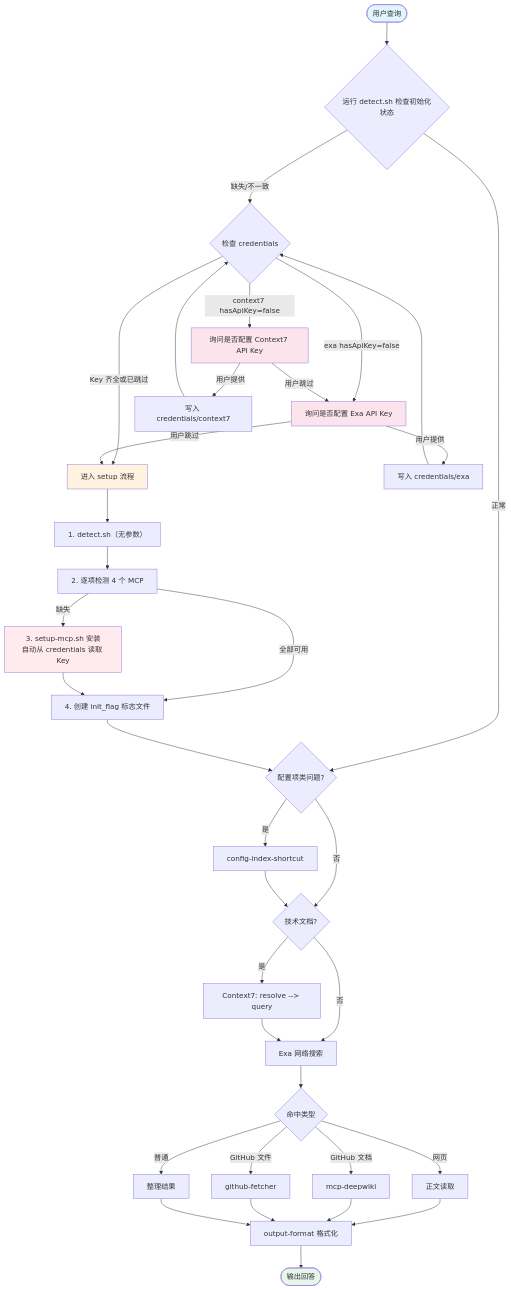
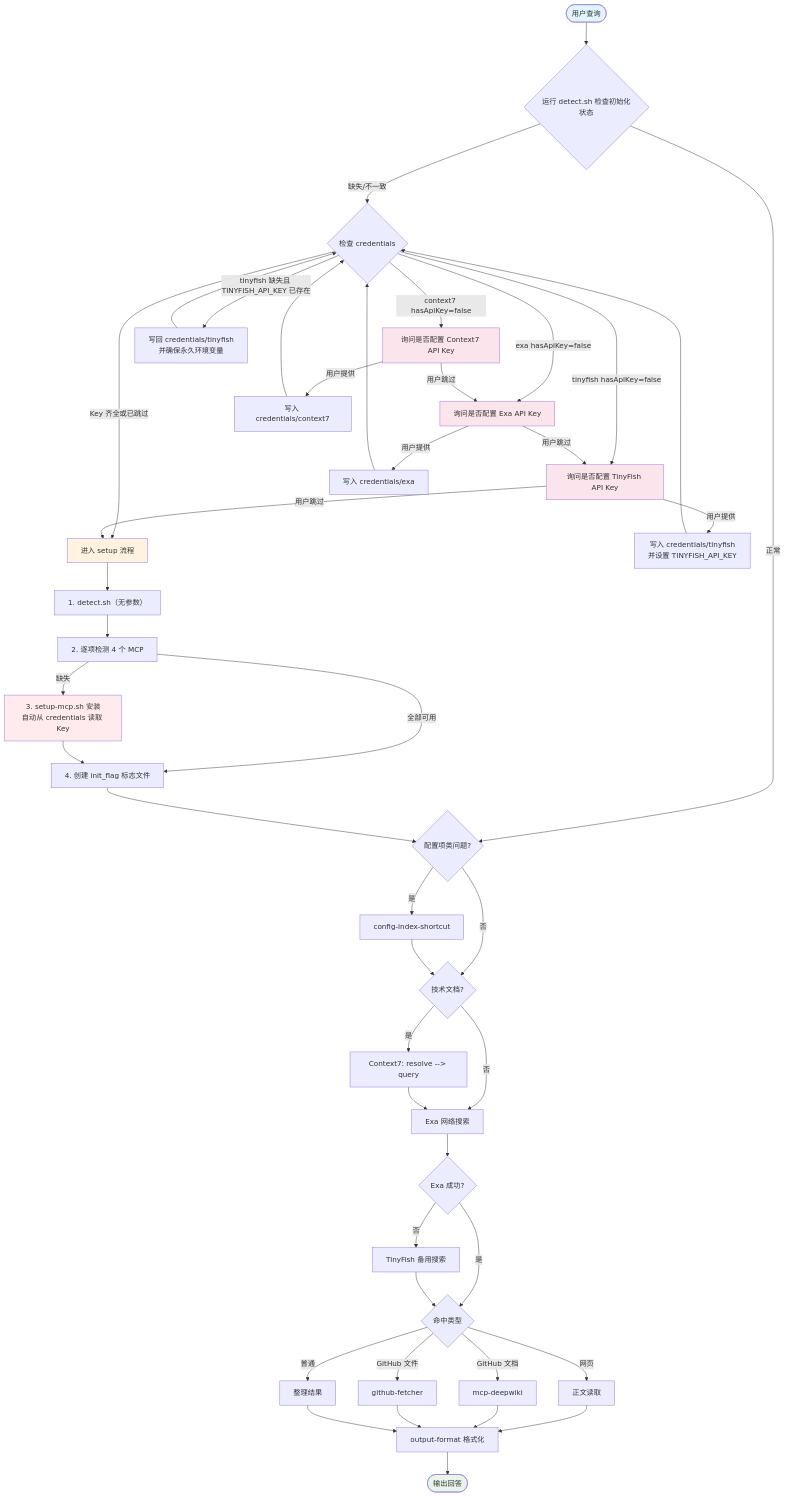
The diagram in skills/search-web/README.md (karthrand/karthrand-ai-public), drawn with Mermaid before and after one commit. The commit also changed other lines of this file and 5 other files, not shown here.

Commit message:
合入 TinyFish 作为 search-web 备用搜索

````diff
--- a/skills/search-web/README.md
+++ b/skills/search-web/README.md
@@ -31,49 +37,59 @@
 ```mermaid
 flowchart TD
     Start([用户查询]) --> CheckState{运行 detect.sh 检查初始化状态}
     CheckState -->|缺失/不一致| CheckCreds{检查 credentials}
     CheckState -->|正常| ConfigCheck{配置项类问题?}
 
     CheckCreds -->|context7 hasApiKey=false| AskC7[询问是否配置 Context7 API Key]
     CheckCreds -->|exa hasApiKey=false| AskExa[询问是否配置 Exa API Key]
+    CheckCreds -->|tinyfish 缺失且 TINYFISH_API_KEY 已存在| SaveTinyEnv[写回 credentials/tinyfish<br/>并确保永久环境变量]
+    CheckCreds -->|tinyfish hasApiKey=false| AskTiny[询问是否配置 TinyFish API Key]
     CheckCreds -->|Key 齐全或已跳过| Setup[进入 setup 流程]
     AskC7 -->|用户提供| SaveC7Key[写入 credentials/context7]
     AskC7 -->|用户跳过| AskExa
     AskExa -->|用户提供| SaveExaKey[写入 credentials/exa]
-    AskExa -->|用户跳过| Setup
+    AskExa -->|用户跳过| AskTiny
+    AskTiny -->|用户提供| SaveTinyKey[写入 credentials/tinyfish<br/>并设置 TINYFISH_API_KEY]
+    AskTiny -->|用户跳过| Setup
     SaveC7Key --> CheckCreds
     SaveExaKey --> CheckCreds
+    SaveTinyKey --> CheckCreds
+    SaveTinyEnv --> CheckCreds
 
     Setup --> Detect[1. detect.sh（无参数）]
     Detect --> CheckMCP[2. 逐项检测 4 个 MCP]
     CheckMCP -->|缺失| InstallMCP[3. setup-mcp.sh 安装<br/>自动从 credentials 读取 Key]
     CheckMCP -->|全部可用| WriteState[4. 创建 init_flag 标志文件]
     InstallMCP --> WriteState
     WriteState --> ConfigCheck
 
     ConfigCheck -->|是| ConfigStrategy[config-index-shortcut]
     ConfigCheck -->|否| C7Check{技术文档?}
     ConfigStrategy --> C7Check
 
     C7Check -->|是| C7[Context7: resolve --> query]
     C7Check -->|否| Exa[Exa 网络搜索]
     C7 --> Exa
-    Exa --> ResultType{命中类型}
+    Exa --> ExaOK{Exa 成功?}
+    ExaOK -->|否| TinyFish[TinyFish 备用搜索]
+    ExaOK -->|是| ResultType{命中类型}
+    TinyFish --> ResultType
     ResultType -->|网页| WebRead[正文读取]
     ResultType -->|GitHub 文档| DeepWiki[mcp-deepwiki]
     ResultType -->|GitHub 文件| GHFetcher[github-fetcher]
     ResultType -->|普通| Collect[整理结果]
 
     WebRead --> Format[output-format 格式化]
     DeepWiki --> Format
     GHFetcher --> Format
     Collect --> Format
     Format --> Output([输出回答])
 
     style Start fill:#e1f5fe
     style Output fill:#e8f5e9
     style Setup fill:#fff3e0
     style InstallMCP fill:#ffebee
     style AskC7 fill:#fce4ec
     style AskExa fill:#fce4ec
+    style AskTiny fill:#fce4ec
 ```
````
